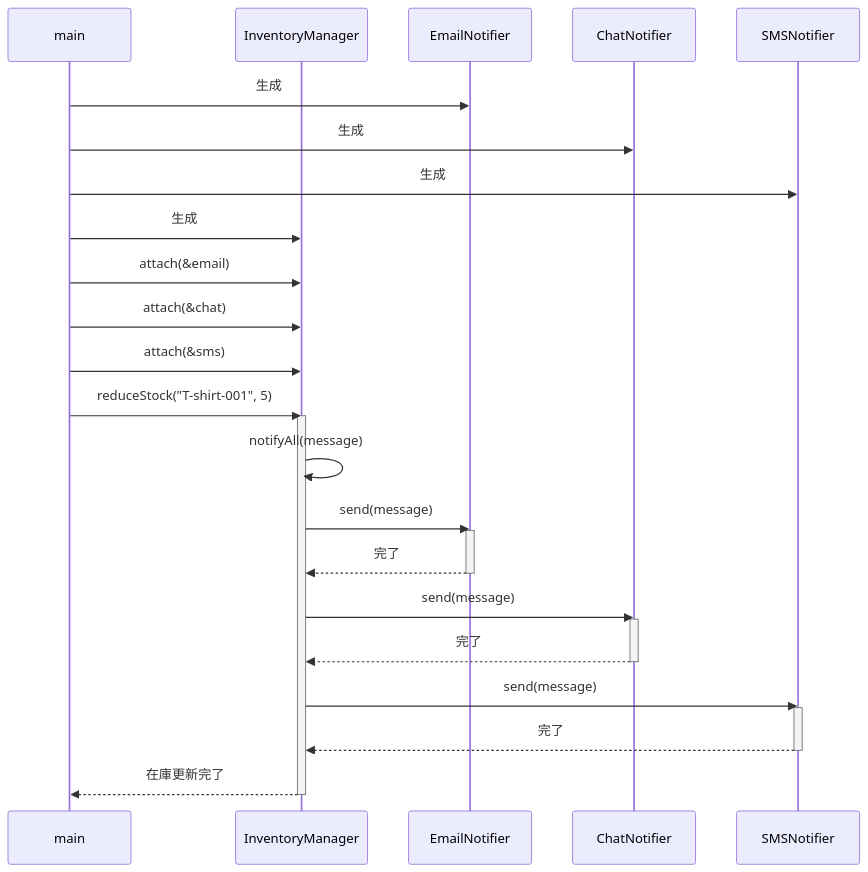
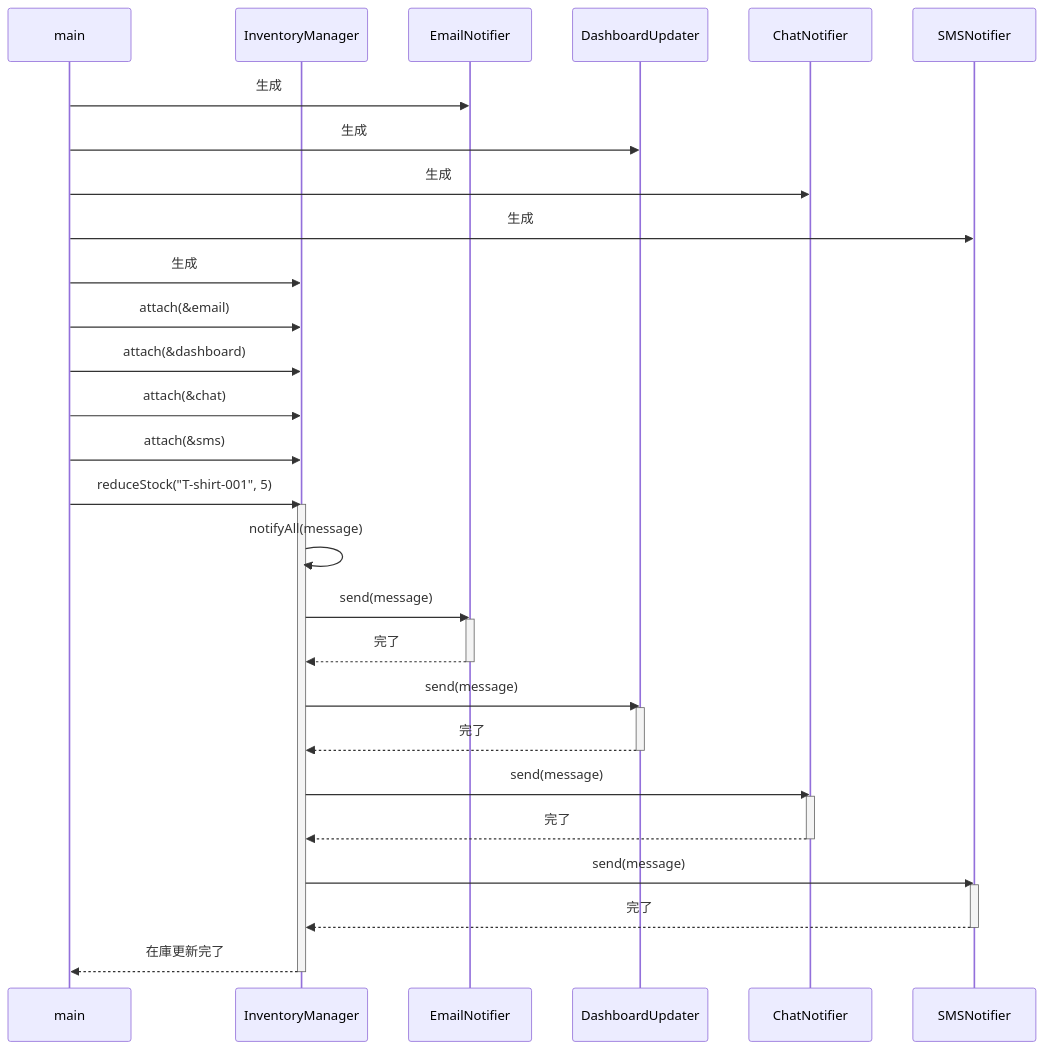
Before and after one commit to kumachan1101-pixel/DesignPattern: the third of 5 diagrams in kindle/design-patterns/output/chapter07.md, drawn with Mermaid. The commit also changed other lines of this file and 13 other files, not shown here.

````diff
--- a/kindle/design-patterns/output/chapter07.md
+++ b/kindle/design-patterns/output/chapter07.md
@@ -782,33 +803,40 @@
 ```mermaid
 sequenceDiagram
     participant M as main
     participant IM as InventoryManager
     participant E as EmailNotifier
+    participant D as DashboardUpdater
     participant C as ChatNotifier
     participant S as SMSNotifier
 
     M->>E: 生成
+    M->>D: 生成
     M->>C: 生成
     M->>S: 生成
     M->>IM: 生成
     M->>IM: attach(&email)
+    M->>IM: attach(&dashboard)
     M->>IM: attach(&chat)
     M->>IM: attach(&sms)
     M->>IM: reduceStock("T-shirt-001", 5)
     activate IM
     IM->>IM: notifyAll(message)
     IM->>E: send(message)
     activate E
     E-->>IM: 完了
     deactivate E
+    IM->>D: send(message)
+    activate D
+    D-->>IM: 完了
+    deactivate D
     IM->>C: send(message)
     activate C
     C-->>IM: 完了
     deactivate C
     IM->>S: send(message)
     activate S
     S-->>IM: 完了
     deactivate S
     IM-->>M: 在庫更新完了
     deactivate IM
 ```
````
